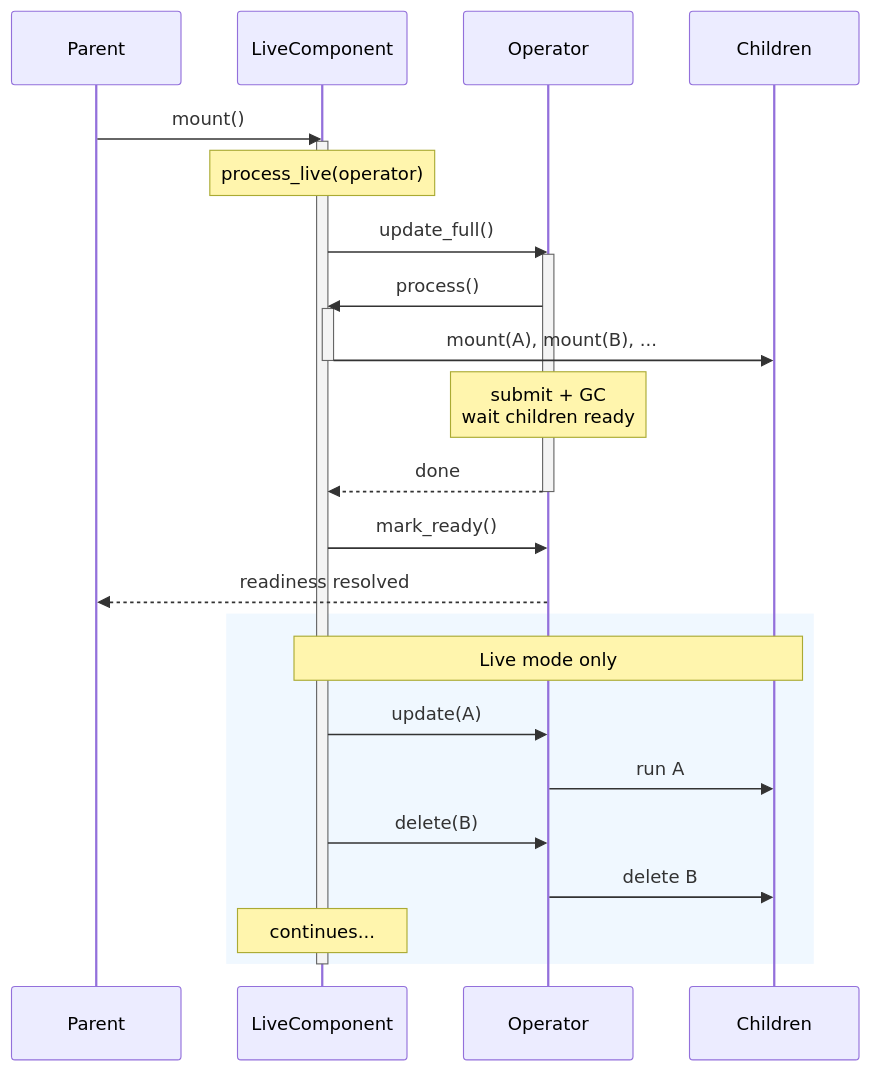
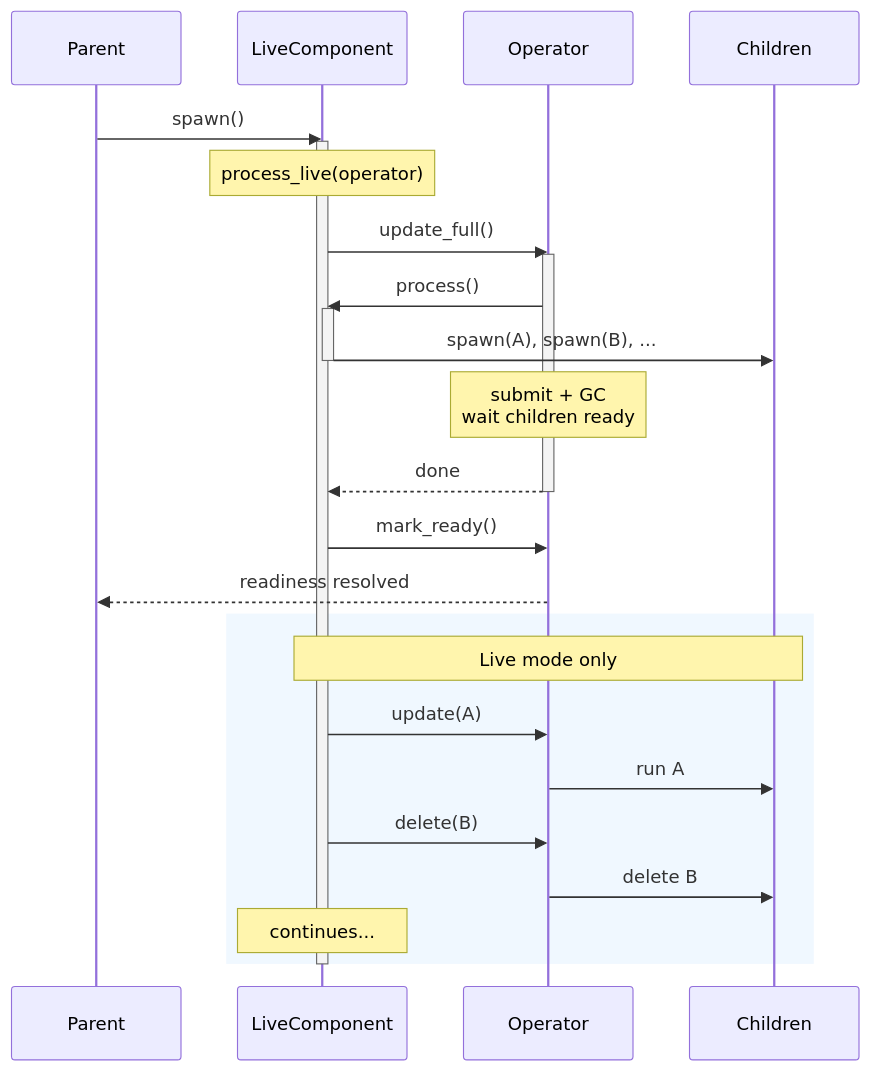
The diagram in docs/src/content/docs/advanced_topics/live_component.mdx (tanzil7890/Synor), drawn with Mermaid before and after one commit. The commit also changed other lines of this file and 323 other files, not shown here.

````diff
--- a/docs/src/content/docs/advanced_topics/live_component.mdx
+++ b/docs/src/content/docs/advanced_topics/live_component.mdx
@@ -328,34 +328,34 @@
 ```mermaid
 sequenceDiagram
     participant Parent
     participant LC as LiveComponent
     participant Op as Operator
     participant Children
 
-    Parent->>LC: mount()
+    Parent->>LC: spawn()
     activate LC
     Note over LC: process_live(operator)
 
     LC->>Op: update_full()
     activate Op
     Op->>LC: process()
     activate LC
-    LC->>Children: mount(A), mount(B), ...
+    LC->>Children: spawn(A), spawn(B), ...
     deactivate LC
     Note over Op: submit + GC<br/>wait children ready
     Op-->>LC: done
     deactivate Op
 
     LC->>Op: mark_ready()
     Op-->>Parent: readiness resolved
 
     rect rgb(240, 248, 255)
         Note over LC,Children: Live mode only
         LC->>Op: update(A)
         Op->>Children: run A
         LC->>Op: delete(B)
         Op->>Children: delete B
         Note over LC: continues...
     end
     deactivate LC
 ```
````
